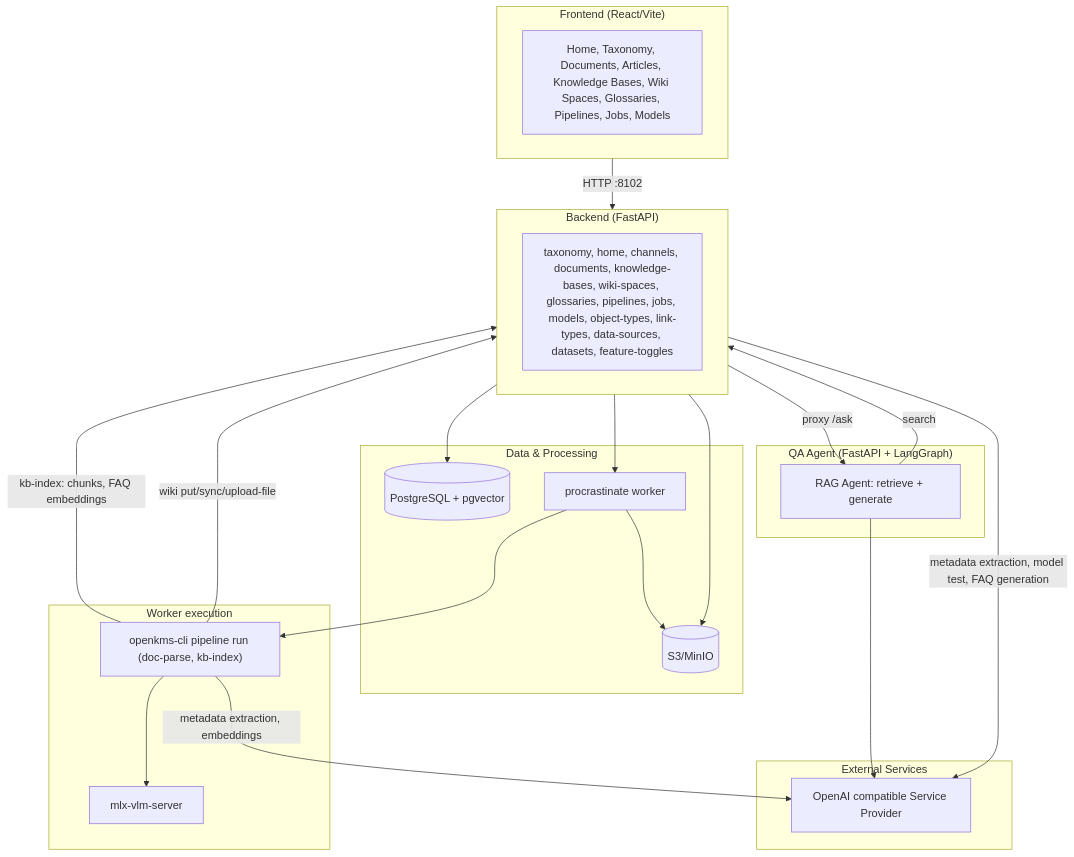
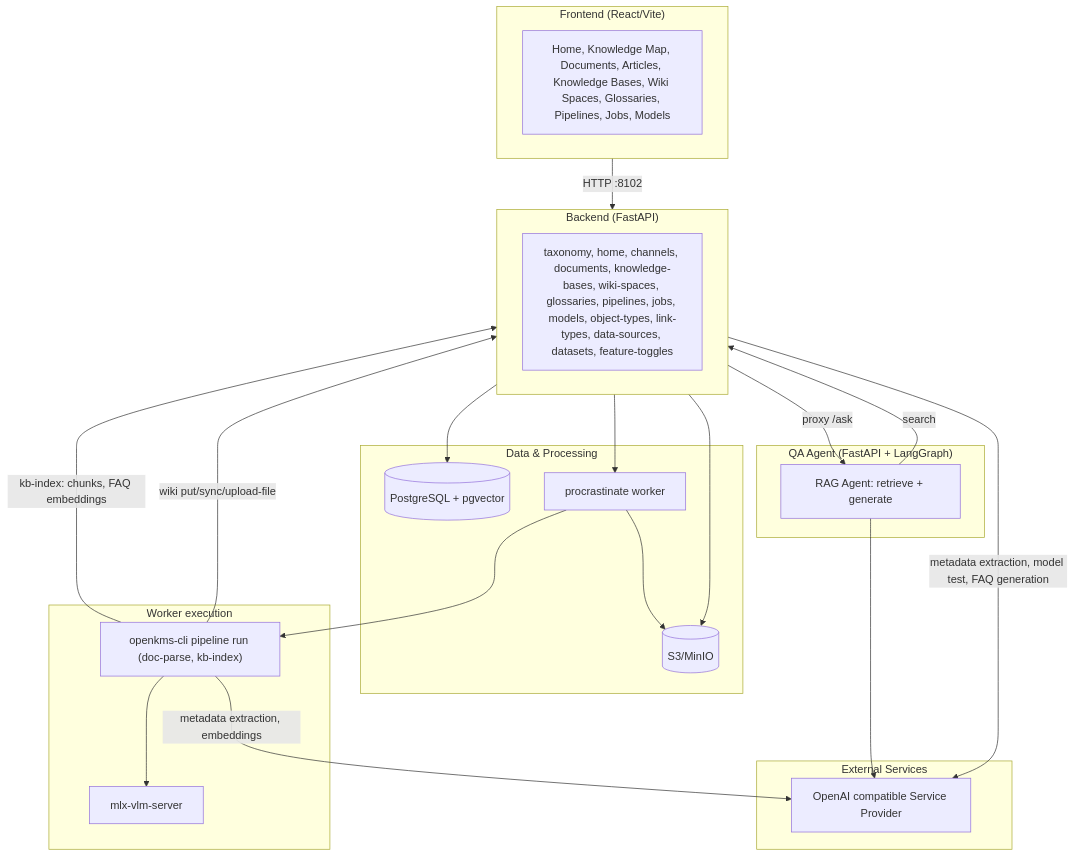
Before and after one commit to yingrui/openKMS: the first of 5 diagrams in docs/architecture.md, drawn with Mermaid. The commit also changed other lines of this file and 12 other files, not shown here.

First line of the commit message:
feat(ui): Knowledge Map rename, ontology nav, Tree/Node details

````diff
--- a/docs/architecture.md
+++ b/docs/architecture.md
@@ -7,44 +7,44 @@
 ```mermaid
 flowchart TB
   subgraph Frontend["Frontend (React/Vite)"]
-    FE["Home, Taxonomy, Documents, Articles, Knowledge Bases, Wiki Spaces, Glossaries, Pipelines, Jobs, Models"]
+    FE["Home, Knowledge Map, Documents, Articles, Knowledge Bases, Wiki Spaces, Glossaries, Pipelines, Jobs, Models"]
   end
 
   subgraph Backend["Backend (FastAPI)"]
     API["taxonomy, home, channels, documents, knowledge-bases, wiki-spaces, glossaries, pipelines, jobs, models, object-types, link-types, data-sources, datasets, feature-toggles"]
   end
 
   subgraph Storage["Data & Processing"]
     PG[("PostgreSQL + pgvector")]
     S3[(S3/MinIO)]
     Worker["procrastinate worker"]
   end
 
   subgraph WorkerDetail["Worker execution"]
     CLI["openkms-cli pipeline run (doc-parse, kb-index)"]
     VLM["mlx-vlm-server"]
   end
 
   subgraph QAAgent["QA Agent (FastAPI + LangGraph)"]
     Agent["RAG Agent: retrieve + generate"]
   end
 
   subgraph External["External Services"]
     LLM["OpenAI compatible Service Provider"]
   end
 
   Frontend -->|HTTP :8102| Backend
   Backend --> PG
   Backend --> S3
   Backend --> Worker
   Backend -->|metadata extraction, model test, FAQ generation| LLM
   Backend -->|proxy /ask| Agent
   Agent -->|search| Backend
   Agent --> LLM
   Worker --> S3
   Worker --> CLI
   CLI --> VLM
   CLI -->|metadata extraction, embeddings| LLM
   CLI -->|kb-index: chunks, FAQ embeddings| Backend
   CLI -->|wiki put/sync/upload-file| Backend
 ```
````
